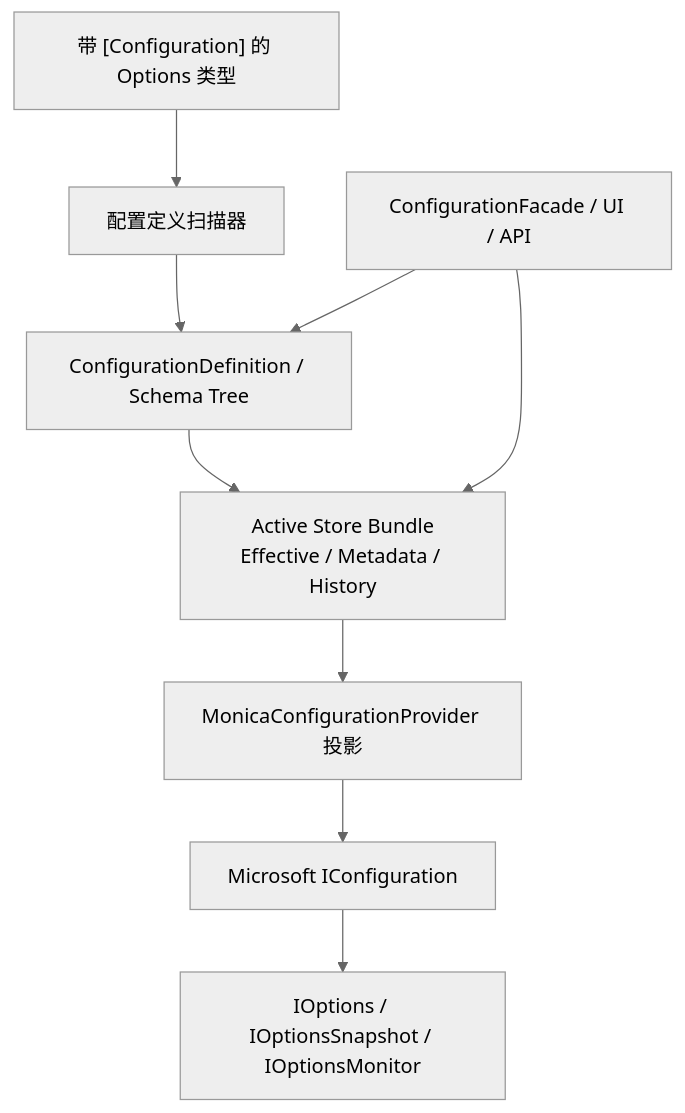
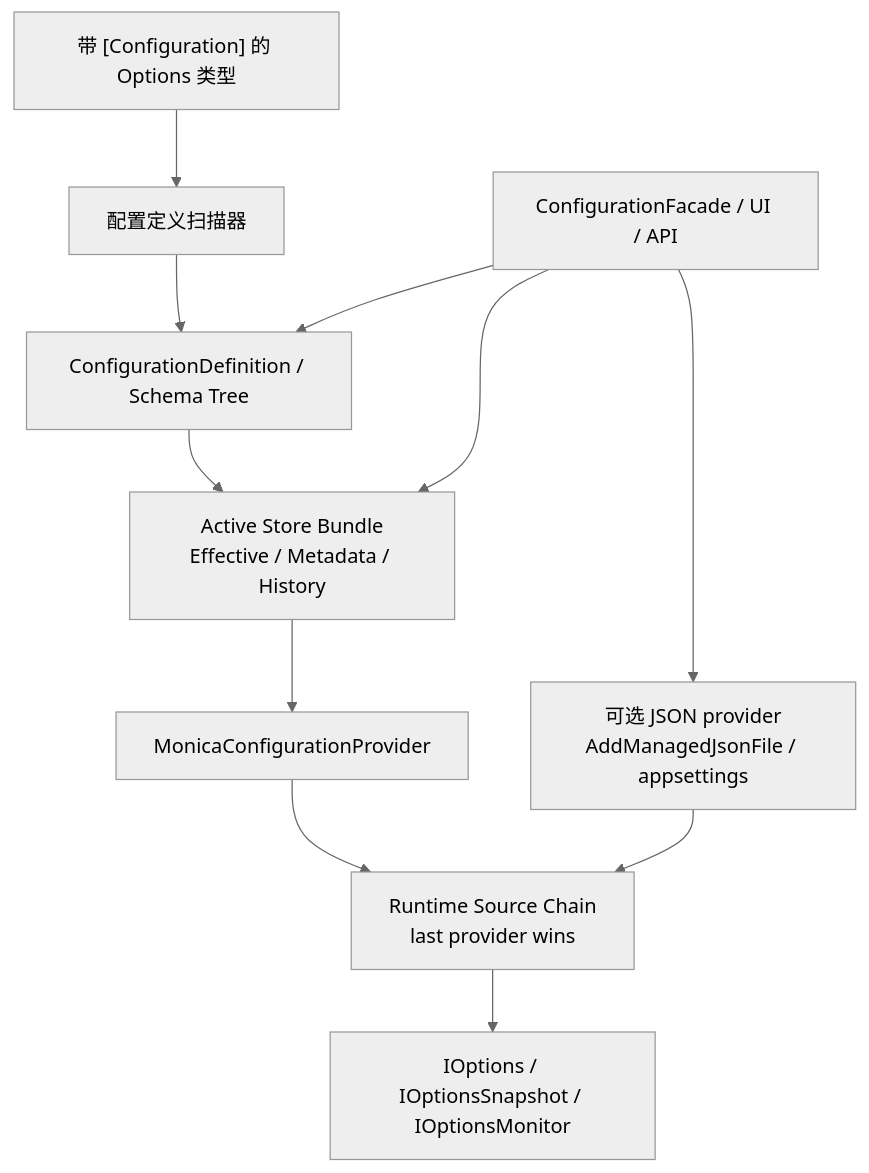
One commit to Tairitsua/Monica.Docs changed the diagram in docs/zh-CN/modules/configuration/index.md. Above: the diagram before and after it, drawn with Mermaid (neutral theme). The commit also changed other lines of this file and 10 other files, not shown here.

Commit message:
docs(configuration): refresh storage and source-chain docs

````diff
--- a/docs/zh-CN/modules/configuration/index.md
+++ b/docs/zh-CN/modules/configuration/index.md
@@ -31,16 +77,19 @@
 ```mermaid
 flowchart TB
     optionType["带 [Configuration] 的 Options 类型"]
     scanner["配置定义扫描器"]
     schema["ConfigurationDefinition / Schema Tree"]
     store["Active Store Bundle<br/>Effective / Metadata / History"]
-    projection["MonicaConfigurationProvider 投影"]
-    microsoft["Microsoft IConfiguration"]
+    monicaProvider["MonicaConfigurationProvider"]
+    jsonProvider["可选 JSON provider<br/>AddManagedJsonFile / appsettings"]
+    sourceChain["Runtime Source Chain<br/>last provider wins"]
     options["IOptions<T> / IOptionsSnapshot<T> / IOptionsMonitor<T>"]
     facade["ConfigurationFacade / UI / API"]
 
     optionType --> scanner --> schema
-    schema --> store --> projection --> microsoft --> options
+    schema --> store --> monicaProvider --> sourceChain --> options
+    jsonProvider --> sourceChain
     facade --> schema
     facade --> store
+    facade --> jsonProvider
 ```
````
